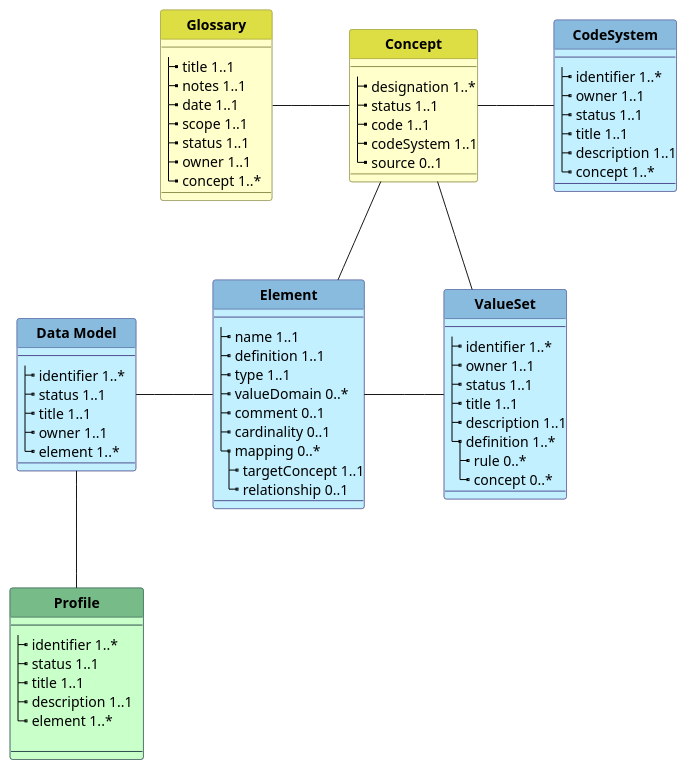
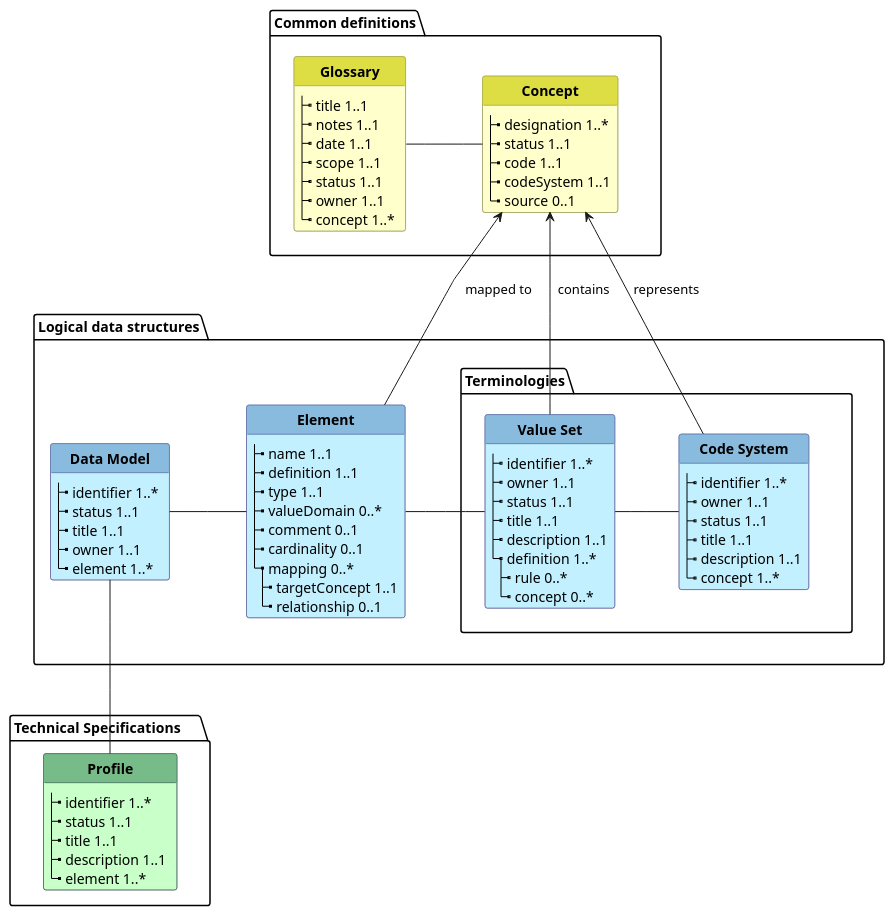
The diagram in input/images-source/metadata.plantuml (Xt-EHR/xt-ehr-metadata), drawn with PlantUML before and after one commit. The commit also changed 2 other files, not shown here.

```diff
--- a/input/images-source/metadata.plantuml
+++ b/input/images-source/metadata.plantuml
@@ -1,126 +1,126 @@
 @startuml
 
 'skinparam linetype ortho
 skinparam linetype polyline
 hide circle
 hide stereotype
+hide methods
 
 '!pragma layout smetana
 
 skinparam class<<MD>> {
  BorderColor DarkSlateGray
  BackgroundColor TECHNOLOGY
  HeaderBackgroundColor #7b8
 }
 
 skinparam class<<BU>> {
  BorderColor #909050
  BackgroundColor BUSINESS
  HeaderBackgroundColor #dd4
 }
 
 skinparam class<<TM>> {
  BorderColor #505090
  BackgroundColor APPLICATION
  HeaderBackgroundColor #8bd
 }
 
 
+Package "Common definitions" as glossary {
+
 class "**Glossary**" as G<<BU>> {
-  --
   |_ title 1..1
   |_ notes 1..1   
   |_ date 1..1
   |_ scope 1..1
   |_ status 1..1
   |_ owner 1..1
   |_ concept 1..*   
-  --
 }
 
 
 class "**Concept**" as C<<BU>> {
-  --
   |_ designation 1..*
   |_ status 1..1
   |_ code 1..1 
-  |_ codeSystem 1..1
+  |_ codeSystem 1..1  
   |_ source 0..1    
-  --
 }
 
+}
 
+Package "Logical data structures" as logical {
 class "**Data Model**" as LM<<TM>> {
-  --
   |_ identifier 1..*   
   |_ status 1..1
   |_ title 1..1
   |_ owner 1..1
   |_ element 1..*
-  --
 }
 
 
 class "**Element**" as EL<<TM>> {
-  --
   |_ name 1..1
   |_ definition 1..1
   |_ type 1..1
   |_ valueDomain 0..*
   |_ comment 0..1
   |_ cardinality 0..1
   |_ mapping 0..*
-    |_ targetConcept 1..1
+    |_ targetConcept 1..1  
     |_ relationship 0..1    
-  --
 }
 
-
-class "**ValueSet**" as VS<<TM>> {
-  --
+Package "Terminologies" as term {
+class "**Value Set**" as VS<<TM>> {
   |_ identifier 1..*   
   |_ owner 1..1   
   |_ status 1..1
   |_ title 1..1
-  |_ description 1..1
+  |_ description 1..1  
   |_ definition 1..*
     |_ rule 0..*
     |_ concept 0..*
-  --
 }
 
+class "**Code System**" as CS<<TM>> {
+  |_ identifier 1..*   
+  |_ owner 1..1   
+  |_ status 1..1
+  |_ title 1..1
+  |_ description 1..1  
+  |_ concept 1..*
+}
+}
+}
 
+Package "Technical Specifications     " as Profiles {
 class "**Profile**" as PR<<MD>> {
-  --
   |_ identifier 1..*   
   |_ status 1..1
   |_ title 1..1
   |_ description 1..1   
   |_ element 1..*
-
-  --
 }
 
-
-class "**CodeSystem**" as CS<<TM>> {
-  --
-  |_ identifier 1..*   
-  |_ owner 1..1   
-  |_ status 1..1
-  |_ title 1..1
-  |_ description 1..1
-  |_ concept 1..*
-  --
 }
 
 
 
 G -r- C:  "            "  
-C -r- CS: "            "  
-VS -r- C: "            "  
+C <-r- CS: " represents " 
+C <-d- VS: "  contains "  
+C <-d- EL:  "   mapped to   "  
+
 LM -r- EL:  "            "  
-C -d- EL:  "            "  
 EL-r- VS: "             "
+VS -r- CS: "        "
 LM-d- PR: "      "
 
+LM -u[hidden]- G: "      "
+
+
+glossary -d[hidden]- term
+
 @enduml
```
